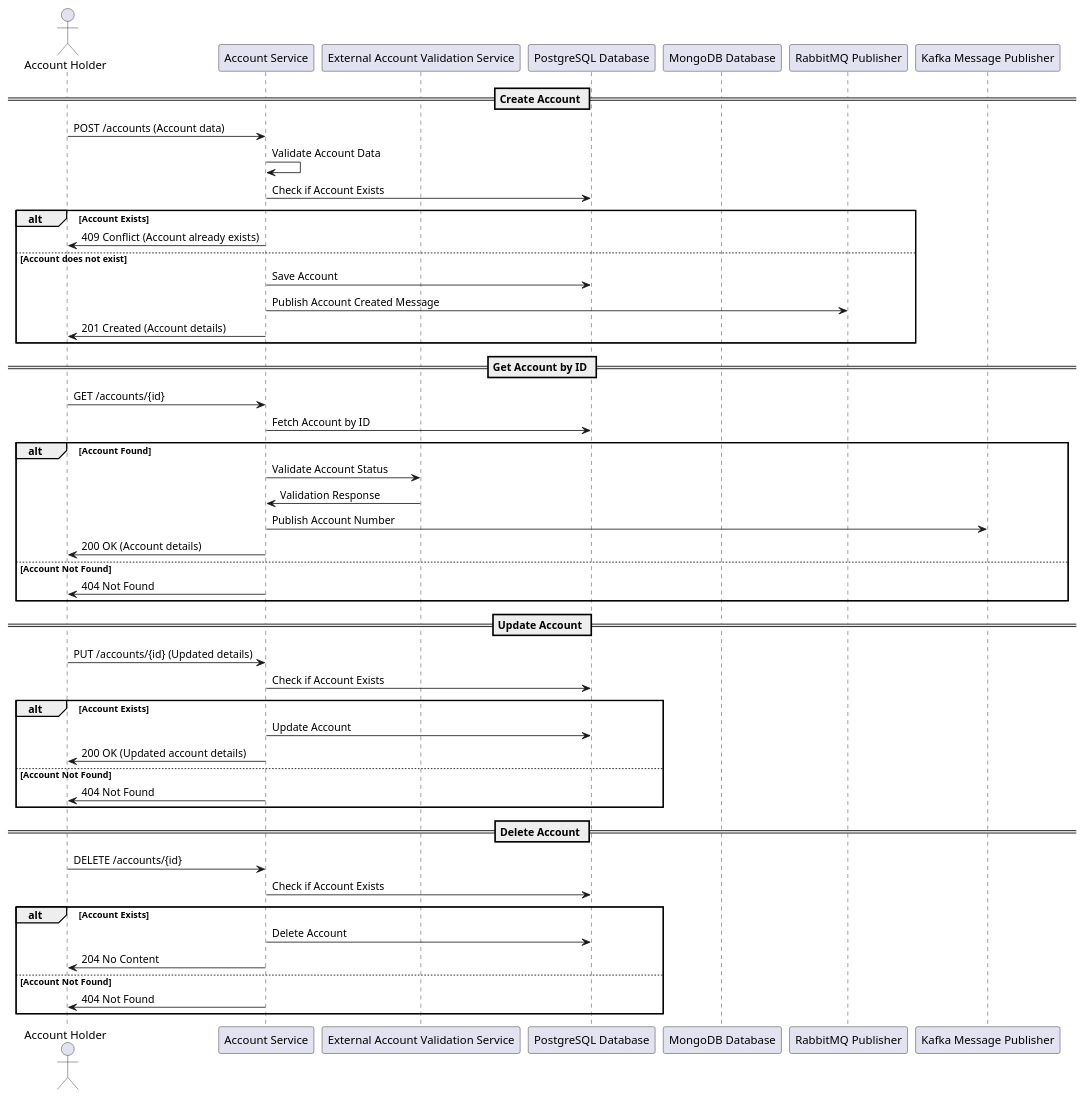
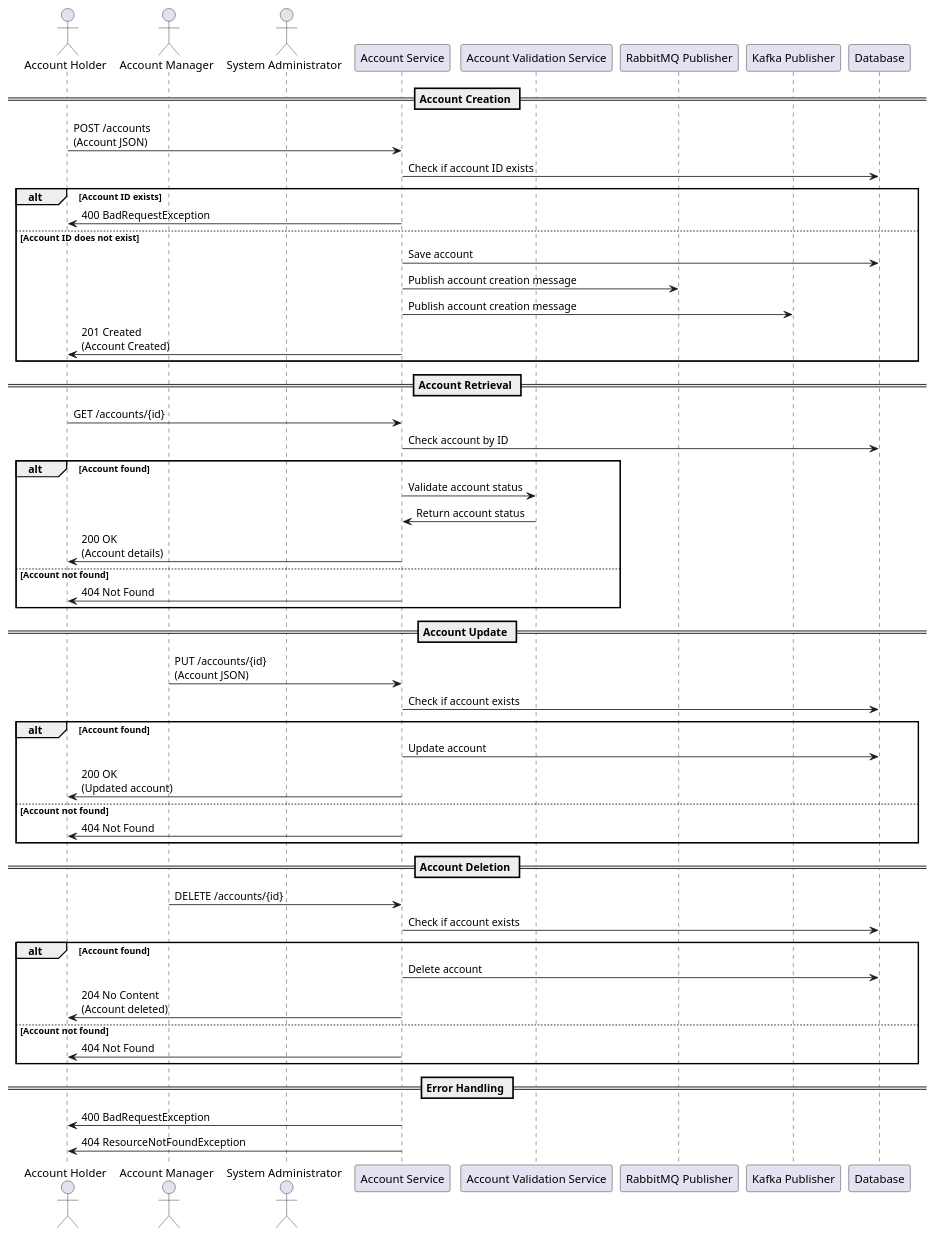
One commit to Bhaskar-Pavan/AccountService changed the diagram in GeneratedDesignDocument/AccountService_Final.md. Above: the diagram before and after it, drawn with PlantUML. The commit also changed other lines of this file, not shown here.

````diff
--- a/GeneratedDesignDocument/AccountService_Final.md
+++ b/GeneratedDesignDocument/AccountService_Final.md
@@ -37,56 +39,60 @@
 ```plantuml
 @startuml
 actor "Account Holder" as AH
+actor "Account Manager" as AM
+actor "System Administrator" as SA
 participant "Account Service" as AS
-participant "External Account Validation Service" as EAVS
-participant "PostgreSQL Database" as PGDB
-participant "MongoDB Database" as MGDB
-participant "RabbitMQ Publisher" as RMP
-participant "Kafka Message Publisher" as KMP
+participant "Account Validation Service" as AVS
+participant "RabbitMQ Publisher" as RMQ
+participant "Kafka Publisher" as KAFKA
+participant "Database" as DB
 
-== Create Account ==
-AH -> AS: POST /accounts (Account data)
-AS -> AS: Validate Account Data
-AS -> PGDB: Check if Account Exists
-alt Account Exists
-    AS -> AH: 409 Conflict (Account already exists)
-else Account does not exist
-    AS -> PGDB: Save Account
-    AS -> RMP: Publish Account Created Message
-    AS -> AH: 201 Created (Account details)
+== Account Creation ==
+AH -> AS : POST /accounts\n(Account JSON)
+AS -> DB : Check if account ID exists
+alt Account ID exists
+    AS -> AH : 400 BadRequestException
+else Account ID does not exist
+    AS -> DB : Save account
+    AS -> RMQ : Publish account creation message
+    AS -> KAFKA : Publish account creation message
+    AS -> AH : 201 Created\n(Account Created)
 end
 
-== Get Account by ID ==
-AH -> AS: GET /accounts/{id}
-AS -> PGDB: Fetch Account by ID
-alt Account Found
-    AS -> EAVS: Validate Account Status
-    EAVS -> AS: Validation Response
-    AS -> KMP: Publish Account Number
-    AS -> AH: 200 OK (Account details)
-else Account Not Found
-    AS -> AH: 404 Not Found
+== Account Retrieval ==
+AH -> AS : GET /accounts/{id}
+AS -> DB : Check account by ID
+alt Account found
+    AS -> AVS : Validate account status
+    AVS -> AS : Return account status
+    AS -> AH : 200 OK\n(Account details)
+else Account not found
+    AS -> AH : 404 Not Found
 end
 
-== Update Account ==
-AH -> AS: PUT /accounts/{id} (Updated details)
-AS -> PGDB: Check if Account Exists
-alt Account Exists
-    AS -> PGDB: Update Account
-    AS -> AH: 200 OK (Updated account details)
-else Account Not Found
-    AS -> AH: 404 Not Found
+== Account Update ==
+AM -> AS : PUT /accounts/{id}\n(Account JSON)
+AS -> DB : Check if account exists
+alt Account found
+    AS -> DB : Update account
+    AS -> AH : 200 OK\n(Updated account)
+else Account not found
+    AS -> AH : 404 Not Found
 end
 
-== Delete Account ==
-AH -> AS: DELETE /accounts/{id}
-AS -> PGDB: Check if Account Exists
-alt Account Exists
-    AS -> PGDB: Delete Account
-    AS -> AH: 204 No Content
-else Account Not Found
-    AS -> AH: 404 Not Found
+== Account Deletion ==
+AM -> AS : DELETE /accounts/{id}
+AS -> DB : Check if account exists
+alt Account found
+    AS -> DB : Delete account
+    AS -> AH : 204 No Content\n(Account deleted)
+else Account not found
+    AS -> AH : 404 Not Found
 end
+
+== Error Handling ==
+AS -> AH : 400 BadRequestException
+AS -> AH : 404 ResourceNotFoundException
 
 @enduml
 ```
````
